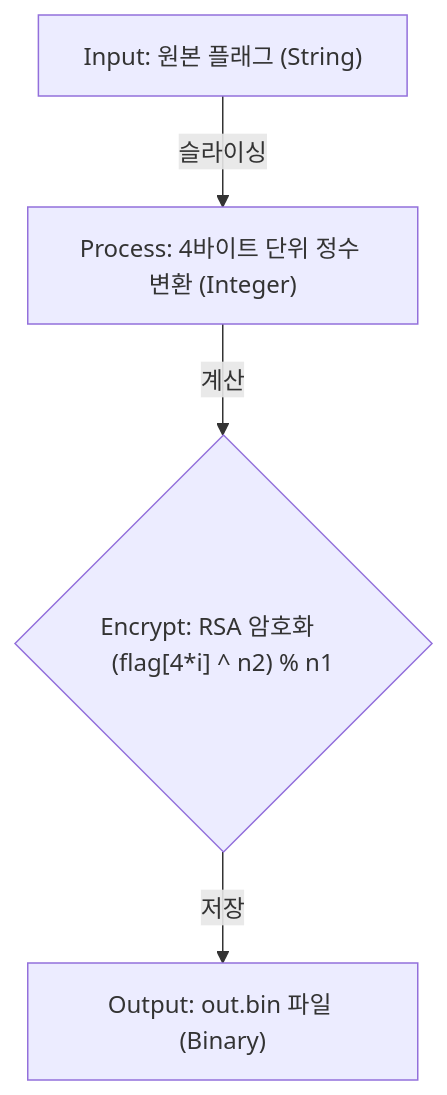
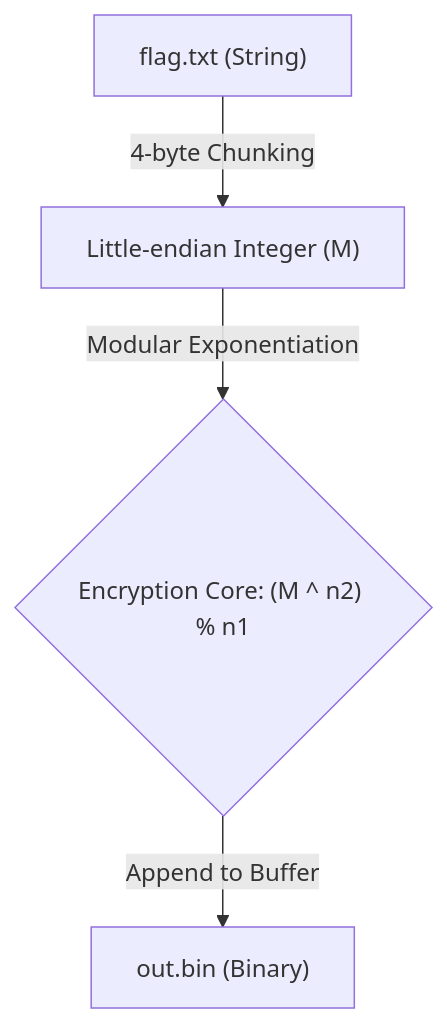
Before and after one commit to dongyeon1113/Dreamhack-Wargame: the first of 2 diagrams in Reversing/Public/README.md, drawn with Mermaid. The commit also changed other lines of this file, not shown here.

````diff
--- a/Reversing/Public/README.md
+++ b/Reversing/Public/README.md
@@ -183,13 +190,10 @@
 ```mermaid
 graph TD
-    Node1[" Input: 원본 플래그 (String)"]
-    Node2[" Process: 4바이트 단위 정수 변환 (Integer)"]
-    Node3{" Encrypt: RSA 암호화     (flag[4*i] ^ n2) % n1 "}
-    Node4[" Output: out.bin 파일 (Binary)"]
+    A["flag.txt (String)"] -- "4-byte Chunking" --> B["Little-endian Integer (M)"]
+    B -- "Modular Exponentiation" --> C{"Encryption Core: (M ^ n2) % n1"}
+    C -- "Append to Buffer" --> D["out.bin (Binary)"]
 
-    Node1 -->|슬라이싱| Node2
-    Node2 -->|계산| Node3
-    Node3 -->|저장| Node4
+   
 
   
 ```
````
